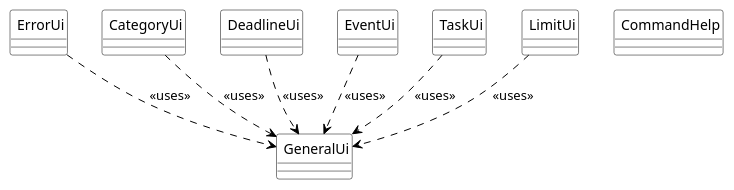
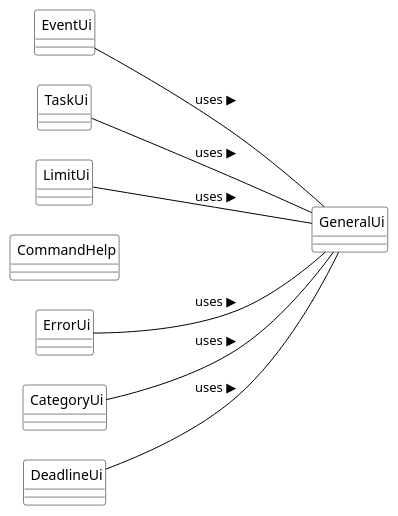
One commit to sushmiithaa/tp changed the diagram in docs/puml/UIClassDiagram.puml. Above: the diagram before and after it, drawn with PlantUML. The commit also changed 4 other files, not shown here.

Commit message:
Updated UML to adhere to standards

```diff
--- a/docs/puml/UIClassDiagram.puml
+++ b/docs/puml/UIClassDiagram.puml
@@ -1,28 +1,40 @@
 @startuml UI
 
+left to right direction
+skinparam nodesep 30
+skinparam ranksep 150
 skinparam classAttributeIconSize 0
 skinparam CircledCharacterFontSize 0
 skinparam CircledCharacterRadius 0
 skinparam class {
     BackgroundColor White
     BorderColor Black
     ArrowColor Black
 }
 
+together {
+    class ErrorUi
+    class CategoryUi
+    class DeadlineUi
+}
+
+
+together {
+    class EventUi
+    class TaskUi
+    class LimitUi
+    class CommandHelp
+}
+
 class GeneralUi
-class ErrorUi
-class CategoryUi
-class DeadlineUi
-class EventUi
-class TaskUi
-class LimitUi
-class CommandHelp
+ErrorUi -[hidden]- GeneralUi
+GeneralUi -[hidden]- EventUi
 
-ErrorUi    ..> GeneralUi : <<uses>>
-CategoryUi ..> GeneralUi : <<uses>>
-DeadlineUi ..> GeneralUi : <<uses>>
-EventUi    ..> GeneralUi : <<uses>>
-TaskUi     ..> GeneralUi : <<uses>>
-LimitUi    ..> GeneralUi : <<uses>>
+ErrorUi     -- GeneralUi : uses ▶
+CategoryUi  -- GeneralUi : uses ▶
+DeadlineUi  -- GeneralUi : uses ▶
+EventUi     -- GeneralUi : uses ▶
+TaskUi      -- GeneralUi : uses ▶
+LimitUi     -- GeneralUi : uses ▶
 
 @enduml
```
